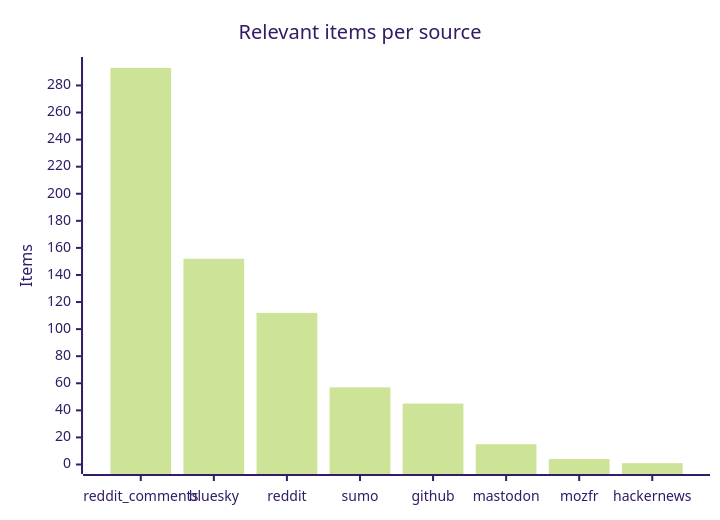
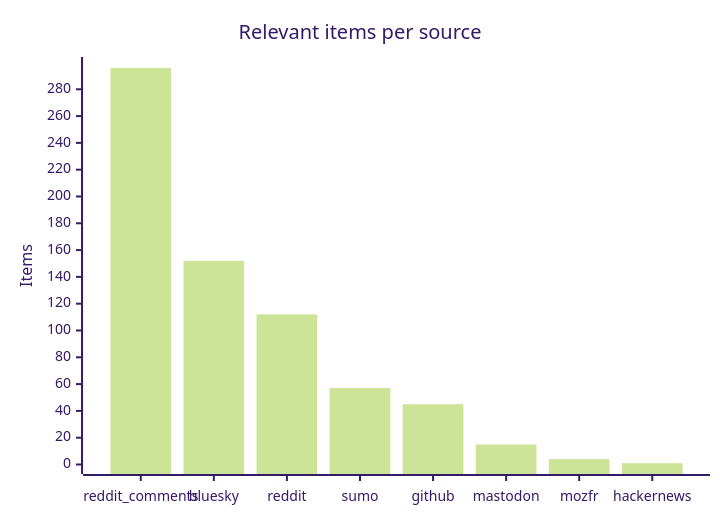
Before and after one commit to martinbalfanz/social-scanner-reports: the third of 4 diagrams in README.md, drawn with Mermaid (forest theme). The commit also changed other lines of this file and 4 other files, not shown here.

````diff
--- a/README.md
+++ b/README.md
@@ -48,7 +48,7 @@
 ```mermaid
 xychart-beta
     title "Relevant items per source"
     x-axis ["reddit_comments", "bluesky", "reddit", "sumo", "github", "mastodon", "mozfr", "hackernews"]
-    y-axis "Items" 0 --> 294
-    bar [293, 152, 112, 57, 45, 15, 4, 1]
+    y-axis "Items" 0 --> 297
+    bar [296, 152, 112, 57, 45, 15, 4, 1]
 ```
````
